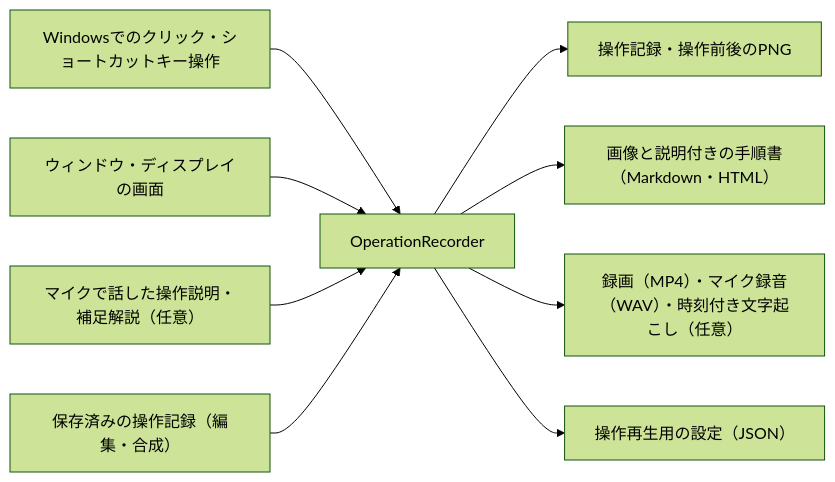
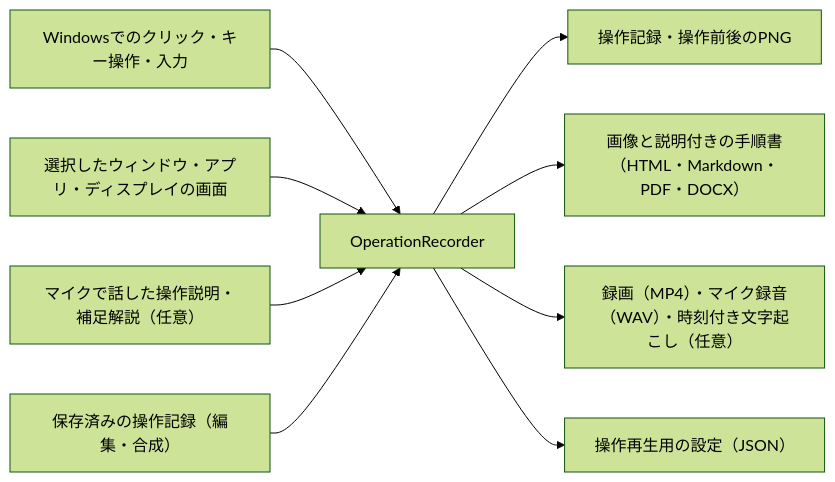
One commit to KotorinChunChun/OperationRecorder changed the diagram in README.md. Above: the diagram before and after it, drawn with Mermaid (forest theme). The commit also changed other lines of this file and 1 other file, not shown here.

````diff
--- a/README.md
+++ b/README.md
@@ -11,11 +9,11 @@
 ```mermaid
 flowchart LR
-    A["Windowsでのクリック・ショートカットキー操作"] --> R["OperationRecorder"]
-    B["ウィンドウ・ディスプレイの画面"] --> R
+    A["Windowsでのクリック・キー操作・入力"] --> R["OperationRecorder"]
+    B["選択したウィンドウ・アプリ・ディスプレイの画面"] --> R
     C["マイクで話した操作説明・補足解説（任意）"] --> R
     D["保存済みの操作記録（編集・合成）"] --> R
     R --> E["操作記録・操作前後のPNG"]
-    R --> F["画像と説明付きの手順書（Markdown・HTML）"]
+    R --> F["画像と説明付きの手順書（HTML・Markdown・PDF・DOCX）"]
     R --> G["録画（MP4）・マイク録音（WAV）・時刻付き文字起こし（任意）"]
     R --> H["操作再生用の設定（JSON）"]
 ```
````
